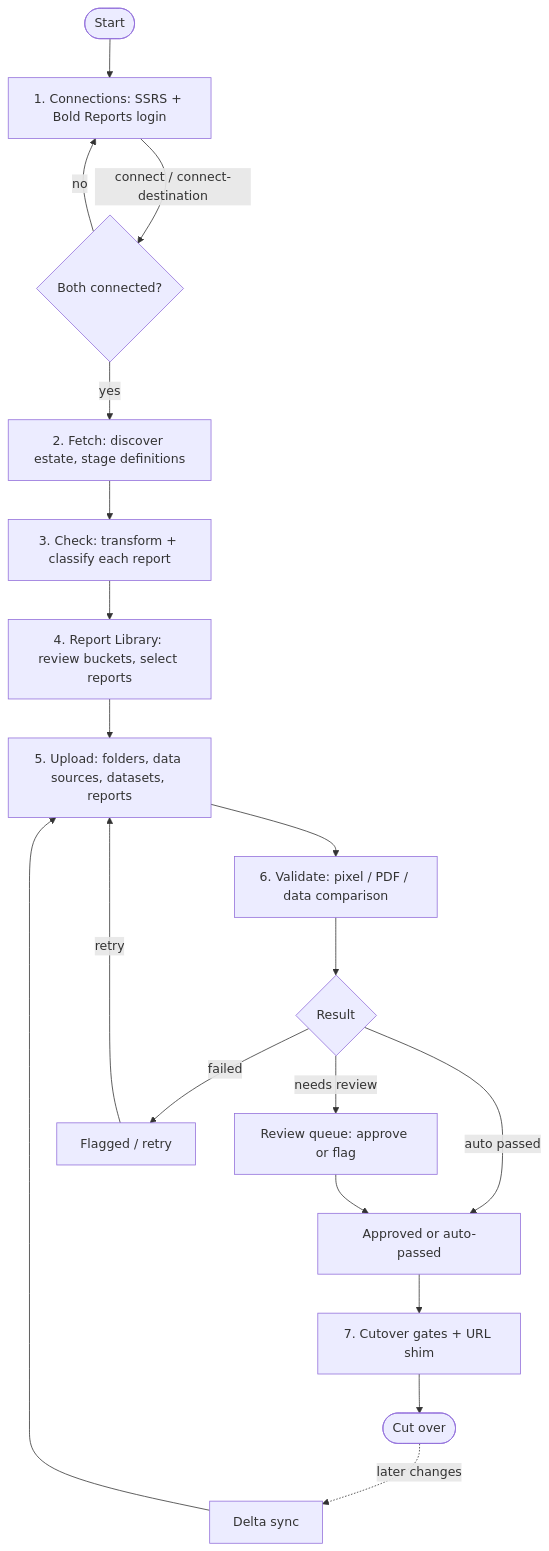
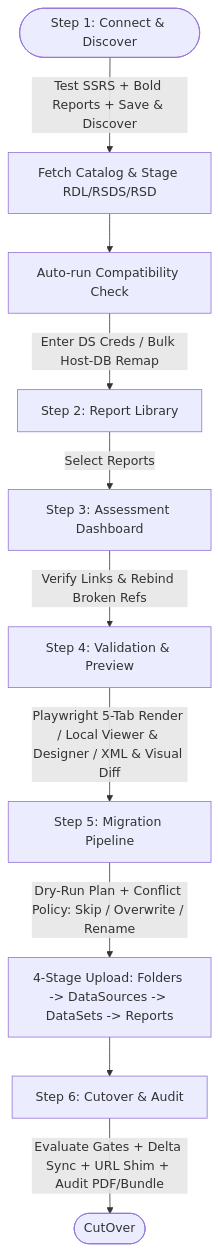
One commit to Manoranjan2206/Bold-Migrate changed the second of 3 diagrams in docs/application-spec.md. Above: the diagram before and after it, drawn with Mermaid. The commit also changed other lines of this file and 25 other files, not shown here.

````diff
--- a/docs/application-spec.md
+++ b/docs/application-spec.md
@@ -83,21 +102,12 @@
 ```mermaid
 flowchart TD
-    S([Start]) --> C1[1. Connections: SSRS + Bold Reports login]
-    C1 -->|connect / connect-destination| C2{Both connected?}
-    C2 -->|no| C1
-    C2 -->|yes| D[2. Fetch: discover estate, stage definitions]
-    D --> A[3. Check: transform + classify each report]
-    A --> L[4. Report Library: review buckets, select reports]
-    L --> U[5. Upload: folders, data sources, datasets, reports]
-    U --> V[6. Validate: pixel / PDF / data comparison]
-    V --> R{Result}
-    R -->|auto passed| AP[Approved or auto-passed]
-    R -->|needs review| Q[Review queue: approve or flag]
-    R -->|failed| F[Flagged / retry]
-    Q --> AP
-    F -->|retry| U
-    AP --> G[7. Cutover gates + URL shim]
-    G --> X([Cut over])
-    X -.->|later changes| DS[Delta sync]
-    DS --> U
+    S([Step 1: Connect & Discover]) -->|Test SSRS + Bold Reports + Save & Discover| D[Fetch Catalog & Stage RDL/RSDS/RSD]
+    D --> C[Auto-run Compatibility Check]
+    C -->|Enter DS Creds / Bulk Host-DB Remap| L[Step 2: Report Library]
+    L -->|Select Reports| A[Step 3: Assessment Dashboard]
+    A -->|Verify Links & Rebind Broken Refs| V[Step 4: Validation & Preview]
+    V -->|Playwright 5-Tab Render / Local Viewer & Designer / XML & Visual Diff| U[Step 5: Migration Pipeline]
+    U -->|Dry-Run Plan + Conflict Policy: Skip / Overwrite / Rename| UP[4-Stage Upload: Folders -> DataSources -> DataSets -> Reports]
+    UP --> G[Step 6: Cutover & Audit]
+    G -->|Evaluate Gates + Delta Sync + URL Shim + Audit PDF/Bundle| X([CutOver])
 ```
````
